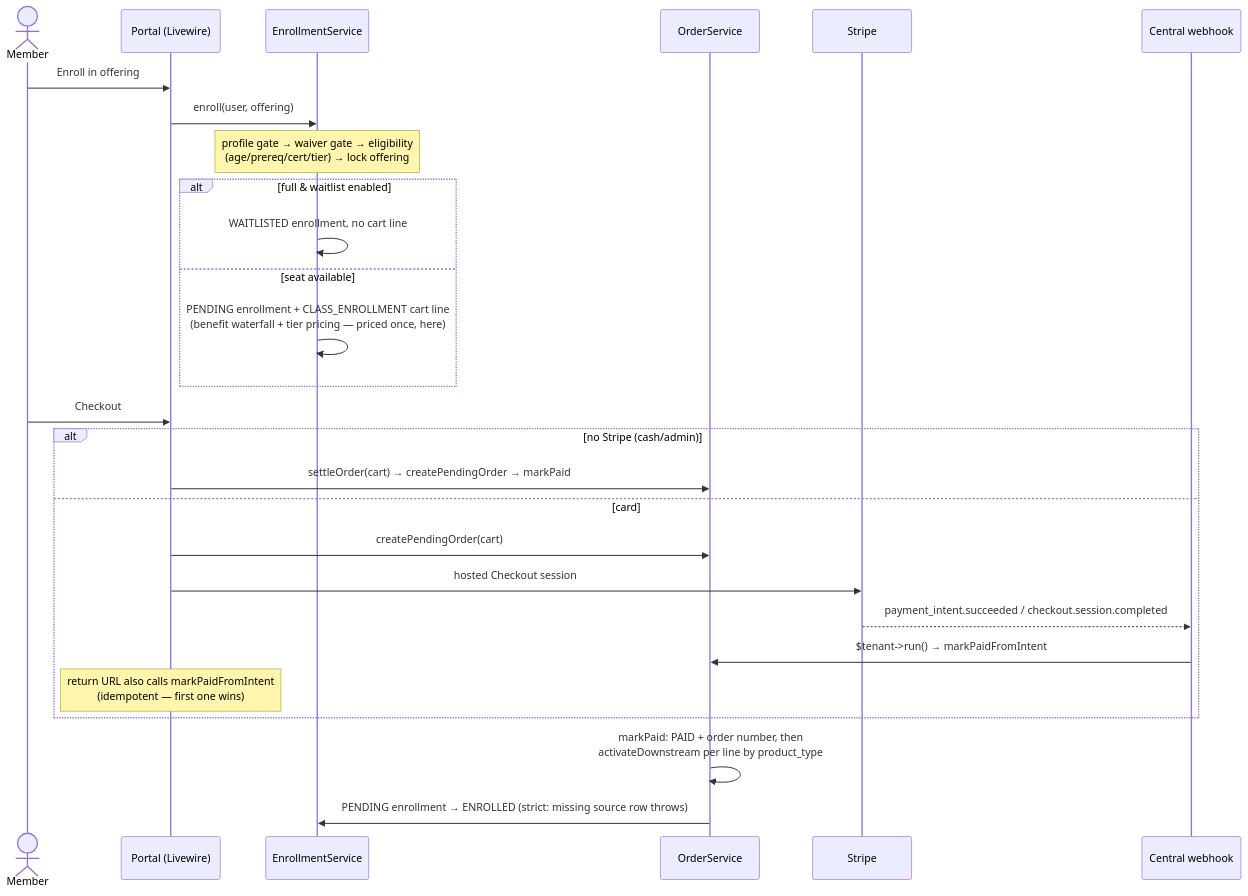
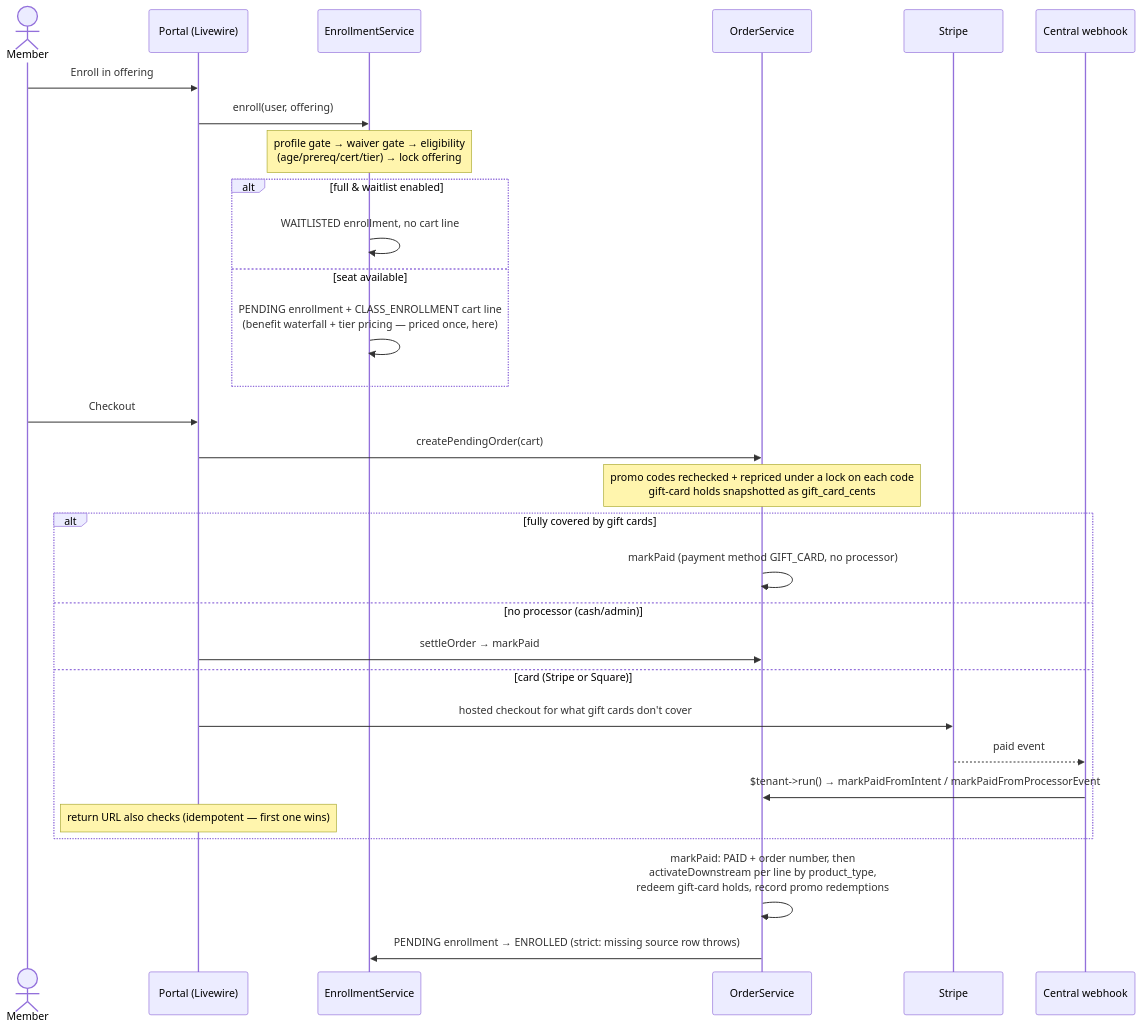
The first of 4 diagrams in docs/13-key-flows.md (TitaniaAnn/makerhearth-architecture), drawn with Mermaid before and after one commit. The commit also changed other lines of this file and 20 other files, not shown here.

````diff
--- a/docs/13-key-flows.md
+++ b/docs/13-key-flows.md
@@ -11,30 +11,33 @@
 ```mermaid
 sequenceDiagram
     actor Member
     participant P as Portal (Livewire)
     participant ES as EnrollmentService
     participant OS as OrderService
     participant ST as Stripe
     participant WH as Central webhook
 
     Member->>P: Enroll in offering
     P->>ES: enroll(user, offering)
     Note over ES: profile gate → waiver gate → eligibility<br/>(age/prereq/cert/tier) → lock offering
     alt full & waitlist enabled
         ES->>ES: WAITLISTED enrollment, no cart line
     else seat available
         ES->>ES: PENDING enrollment + CLASS_ENROLLMENT cart line<br/>(benefit waterfall + tier pricing — priced once, here)
     end
     Member->>P: Checkout
-    alt no Stripe (cash/admin)
-        P->>OS: settleOrder(cart) → createPendingOrder → markPaid
-    else card
-        P->>OS: createPendingOrder(cart)
-        P->>ST: hosted Checkout session
-        ST-->>WH: payment_intent.succeeded / checkout.session.completed
-        WH->>OS: $tenant->run() → markPaidFromIntent
-        Note over P: return URL also calls markPaidFromIntent<br/>(idempotent — first one wins)
+    P->>OS: createPendingOrder(cart)
+    Note over OS: promo codes rechecked + repriced under a lock on each code<br/>gift-card holds snapshotted as gift_card_cents
+    alt fully covered by gift cards
+        OS->>OS: markPaid (payment method GIFT_CARD, no processor)
+    else no processor (cash/admin)
+        P->>OS: settleOrder → markPaid
+    else card (Stripe or Square)
+        P->>ST: hosted checkout for what gift cards don't cover
+        ST-->>WH: paid event
+        WH->>OS: $tenant->run() → markPaidFromIntent / markPaidFromProcessorEvent
+        Note over P: return URL also checks (idempotent — first one wins)
     end
-    OS->>OS: markPaid: PAID + order number, then<br/>activateDownstream per line by product_type
+    OS->>OS: markPaid: PAID + order number, then<br/>activateDownstream per line by product_type,<br/>redeem gift-card holds, record promo redemptions
     OS->>ES: PENDING enrollment → ENROLLED (strict: missing source row throws)
 ```
````
